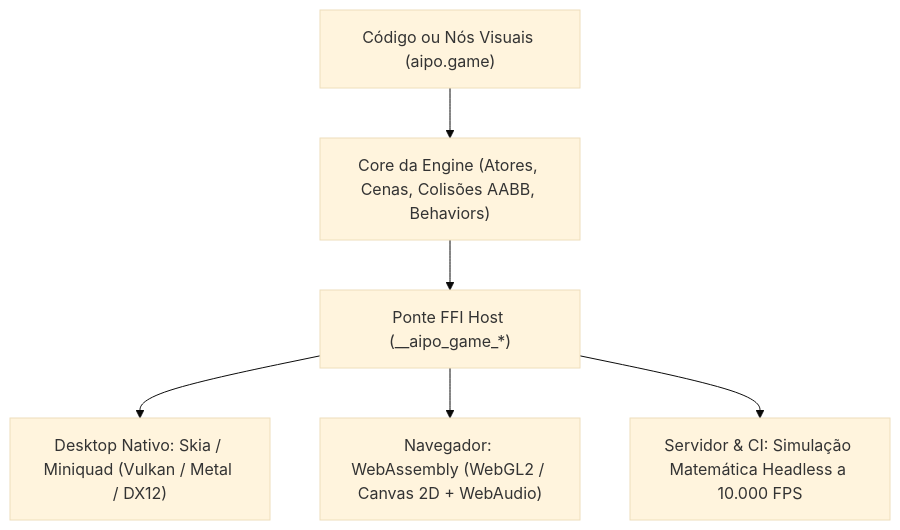
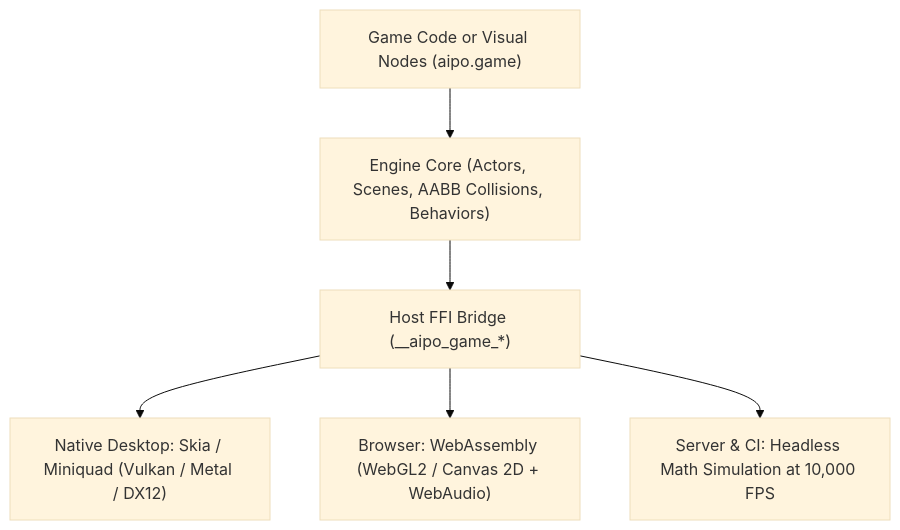
Before and after one commit to poppy-team/poppy.lat: the first of 2 diagrams in site/en/aipo/docs/guides/packages/aipo-game.md, drawn with Mermaid (base theme). The commit also changed other lines of this file and 235 other files, not shown here.

````diff
--- a/site/en/aipo/docs/guides/packages/aipo-game.md
+++ b/site/en/aipo/docs/guides/packages/aipo-game.md
@@ -32,8 +32,8 @@
 ```mermaid
 graph TD
-    Game["Código ou Nós Visuais (aipo.game)"] --> EngineCore["Core da Engine (Atores, Cenas, Colisões AABB, Behaviors)"]
-    EngineCore --> FFIBridge["Ponte FFI Host (__aipo_game_*)"]
-    FFIBridge --> Desktop["Desktop Nativo: Skia / Miniquad (Vulkan / Metal / DX12)"]
-    FFIBridge --> Web["Navegador: WebAssembly (WebGL2 / Canvas 2D + WebAudio)"]
-    FFIBridge --> Headless["Servidor & CI: Simulação Matemática Headless a 10.000 FPS"]
+    Game["Game Code or Visual Nodes (aipo.game)"] --> EngineCore["Engine Core (Actors, Scenes, AABB Collisions, Behaviors)"]
+    EngineCore --> FFIBridge["Host FFI Bridge (__aipo_game_*)"]
+    FFIBridge --> Desktop["Native Desktop: Skia / Miniquad (Vulkan / Metal / DX12)"]
+    FFIBridge --> Web["Browser: WebAssembly (WebGL2 / Canvas 2D + WebAudio)"]
+    FFIBridge --> Headless["Server & CI: Headless Math Simulation at 10,000 FPS"]
 ```
````
